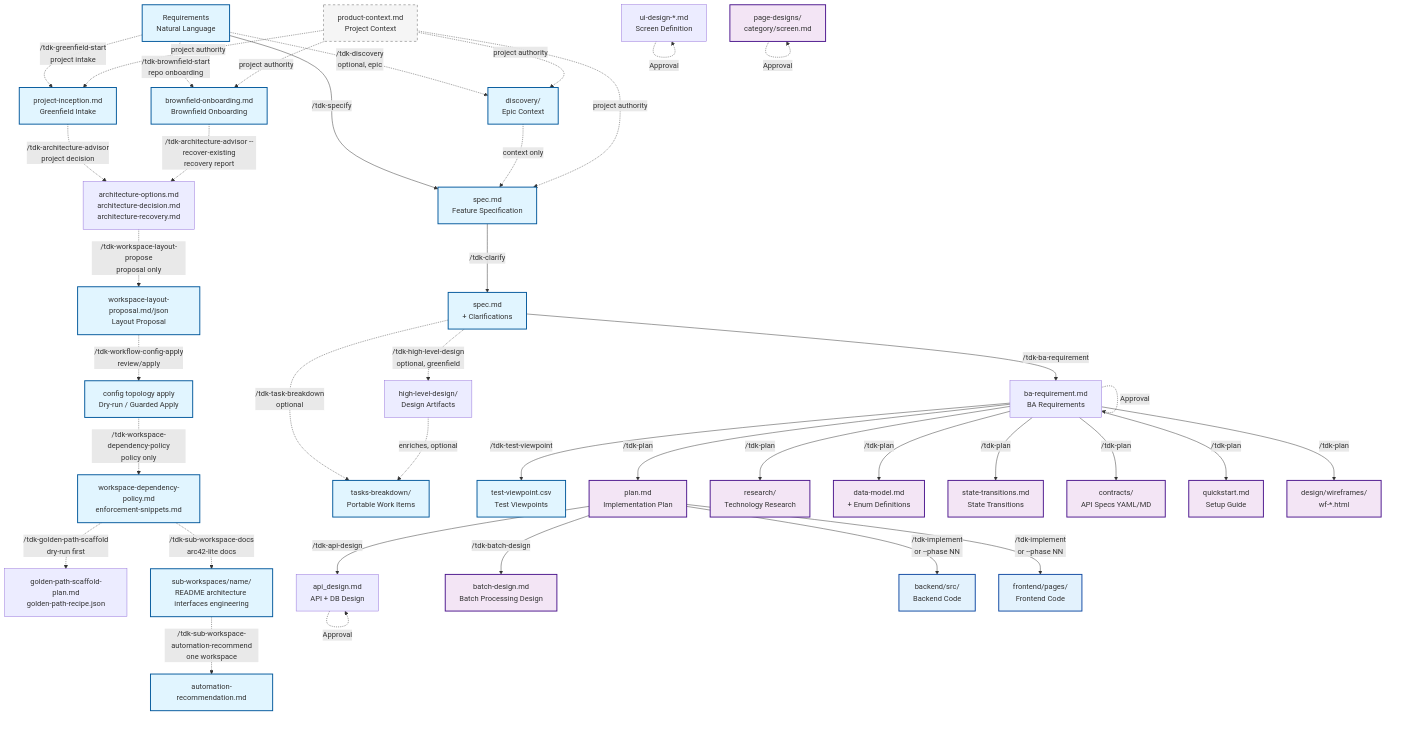
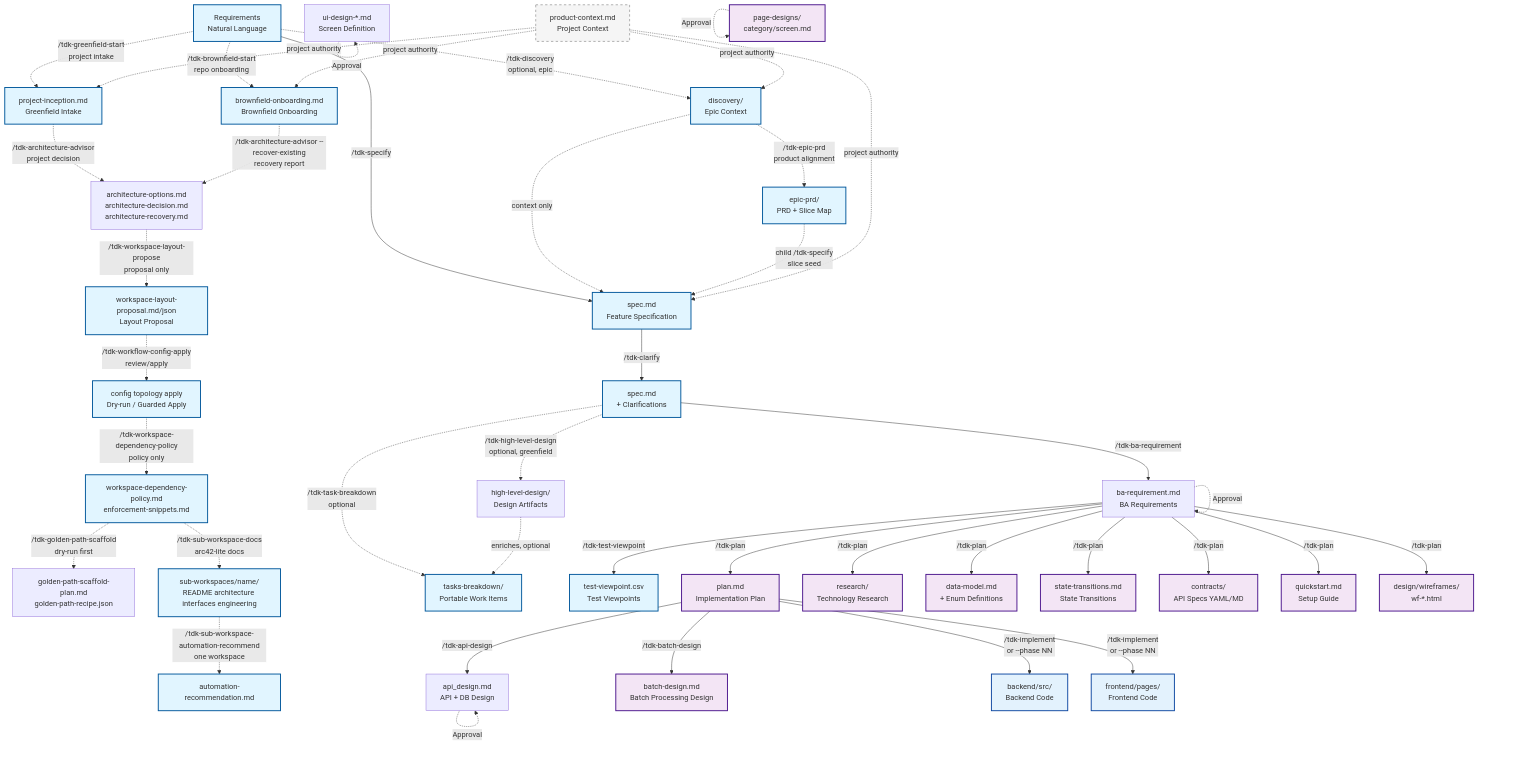
Before and after one commit to vinhltt/tdk: the first of 8 diagrams in .specify/docs/en/guides/document-flow.md, drawn with Mermaid. The commit also changed other lines of this file and 27 other files, not shown here.

```diff
--- a/.specify/docs/en/guides/document-flow.md
+++ b/.specify/docs/en/guides/document-flow.md
@@ -24,6 +24,7 @@
     SUB_WORKSPACE_DOCS[sub-workspaces/name/<br/>README architecture interfaces engineering]
     AUTOMATION_RECOMMEND[automation-recommendation.md]
     DISCOVERY[discovery/<br/>Epic Context]
+    EPIC_PRD[epic-prd/<br/>PRD + Slice Map]
 
     %% Phase 0: Feature Specification
     REQ -.->|/tdk-greenfield-start<br/>project intake| GREENFIELD_INCEPTION
@@ -37,8 +38,10 @@
     POLICY -.->|/tdk-sub-workspace-docs<br/>arc42-lite docs| SUB_WORKSPACE_DOCS
     SUB_WORKSPACE_DOCS -.->|/tdk-sub-workspace-automation-recommend<br/>one workspace| AUTOMATION_RECOMMEND
     REQ -.->|/tdk-discovery<br/>optional, epic| DISCOVERY
+    DISCOVERY -.->|/tdk-epic-prd<br/>product alignment| EPIC_PRD
     REQ -->|/tdk-specify| SPEC[spec.md<br/>Feature Specification]
     DISCOVERY -.->|context only| SPEC
+    EPIC_PRD -.->|child /tdk-specify<br/>slice seed| SPEC
     PRODUCT_CONTEXT -.->|project authority| GREENFIELD_INCEPTION
     PRODUCT_CONTEXT -.->|project authority| BROWNFIELD_ONBOARDING
     PRODUCT_CONTEXT -.->|project authority| DISCOVERY
@@ -84,7 +87,7 @@
     classDef code fill:#e3f2fd,stroke:#0d47a1,stroke-width:2px
     classDef infra fill:#fce4ec,stroke:#880e4f,stroke-width:2px
 
-    class REQ,GREENFIELD_INCEPTION,BROWNFIELD_ONBOARDING,TOPOLOGY,CONFIG_PATCH,POLICY,SUB_WORKSPACE_DOCS,AUTOMATION_RECOMMEND,DISCOVERY,SPEC,SPEC_CLARIFIED,TASK_BREAKDOWN phase0
+    class REQ,GREENFIELD_INCEPTION,BROWNFIELD_ONBOARDING,TOPOLOGY,CONFIG_PATCH,POLICY,SUB_WORKSPACE_DOCS,AUTOMATION_RECOMMEND,DISCOVERY,EPIC_PRD,SPEC,SPEC_CLARIFIED,TASK_BREAKDOWN phase0
     class PLAN,RESEARCH,DATAMODEL,STATETRANS,CONTRACTS,QUICKSTART,WIREFRAMES,PAGEDESIGNS,BATCH_DESIGN phase1
     class TEST_VP phase0
     class PRODUCT_CONTEXT,CONSTITUTION,UIUX,REF_DATAMODEL,REF_STATE reference
```
